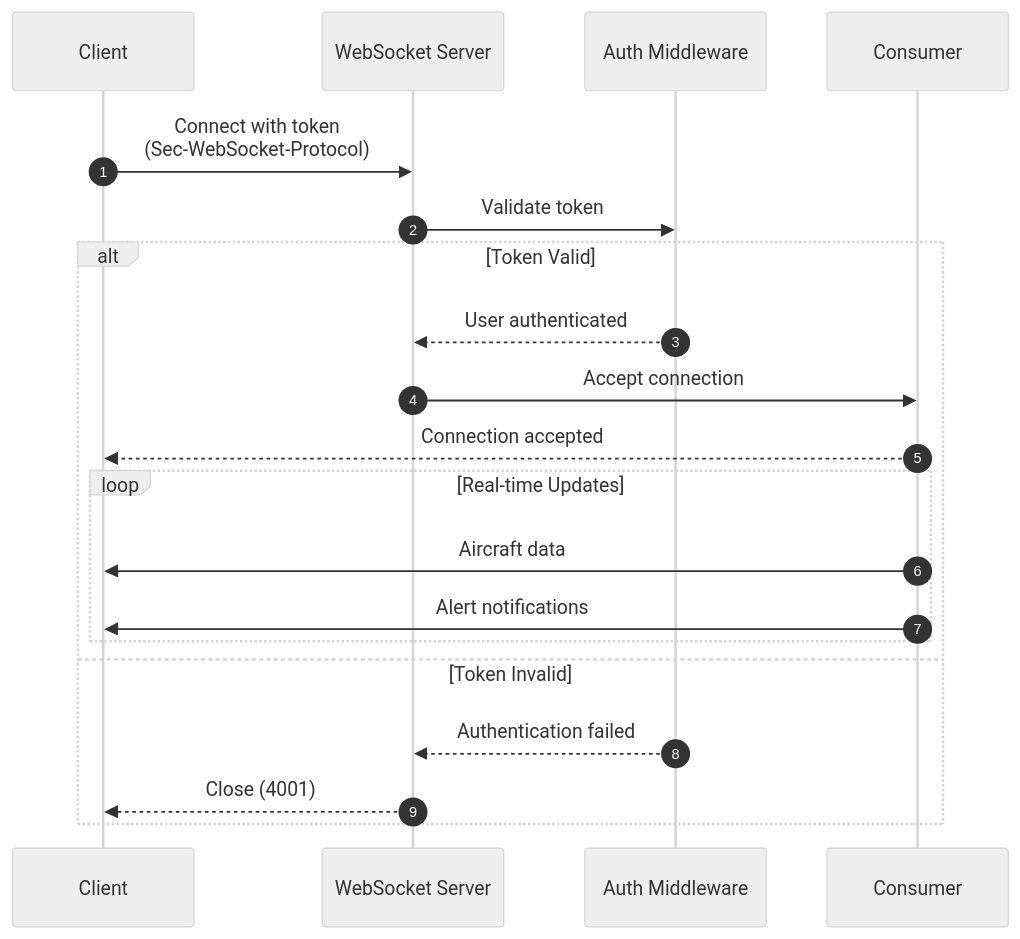
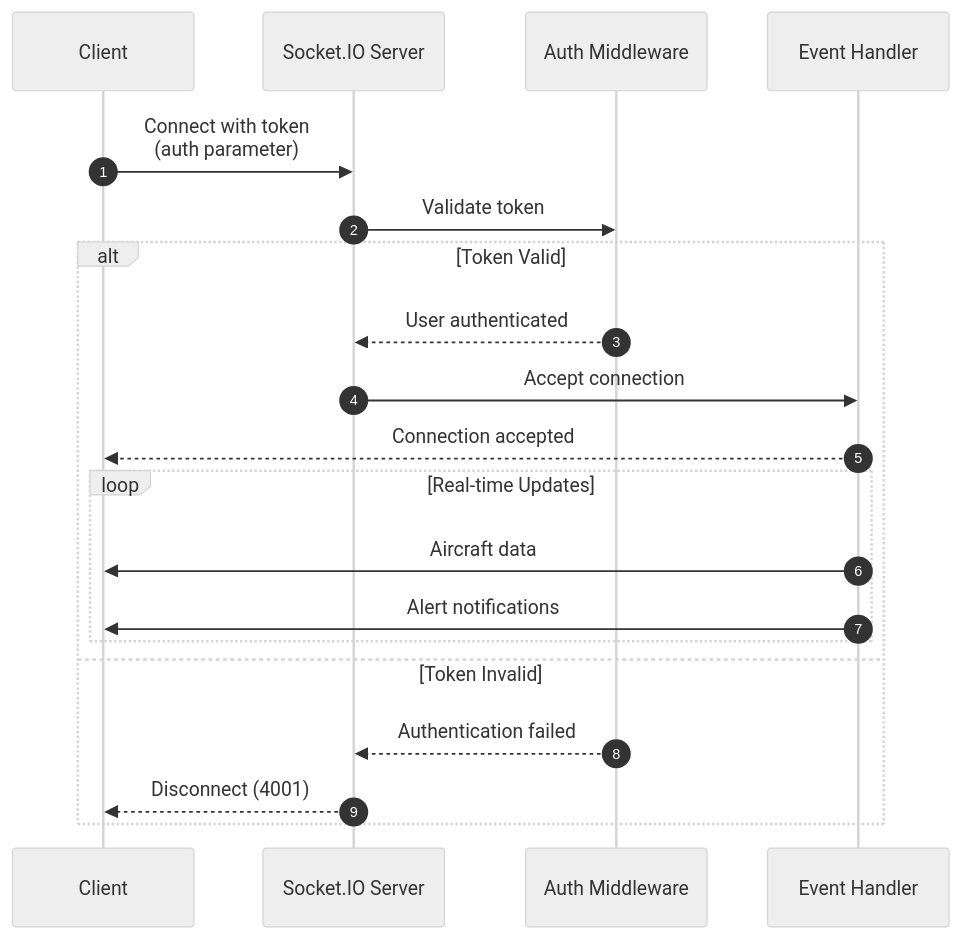
One commit to CHA0S-CORP/SkySpy changed the fourth of 5 diagrams in docs/03-authentication.md. Above: the diagram before and after it, drawn with Mermaid (neutral theme). The commit also changed other lines of this file and 66 other files, not shown here.

````diff
--- a/docs/03-authentication.md
+++ b/docs/03-authentication.md
@@ -693,25 +693,25 @@
 ```mermaid
 sequenceDiagram
     autonumber
     participant Client as Client
-    participant WS as WebSocket Server
+    participant SIO as Socket.IO Server
     participant Auth as Auth Middleware
-    participant Consumer as Consumer
+    participant Handler as Event Handler
 
-    Client->>WS: Connect with token<br/>(Sec-WebSocket-Protocol)
-    WS->>Auth: Validate token
+    Client->>SIO: Connect with token<br/>(auth parameter)
+    SIO->>Auth: Validate token
 
     alt Token Valid
-        Auth-->>WS: User authenticated
-        WS->>Consumer: Accept connection
-        Consumer-->>Client: Connection accepted
+        Auth-->>SIO: User authenticated
+        SIO->>Handler: Accept connection
+        Handler-->>Client: Connection accepted
 
         loop Real-time Updates
-            Consumer->>Client: Aircraft data
-            Consumer->>Client: Alert notifications
+            Handler->>Client: Aircraft data
+            Handler->>Client: Alert notifications
         end
     else Token Invalid
-        Auth-->>WS: Authentication failed
-        WS-->>Client: Close (4001)
+        Auth-->>SIO: Authentication failed
+        SIO-->>Client: Disconnect (4001)
     end
 ```
````
